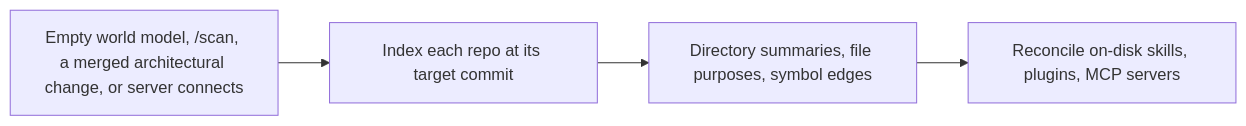
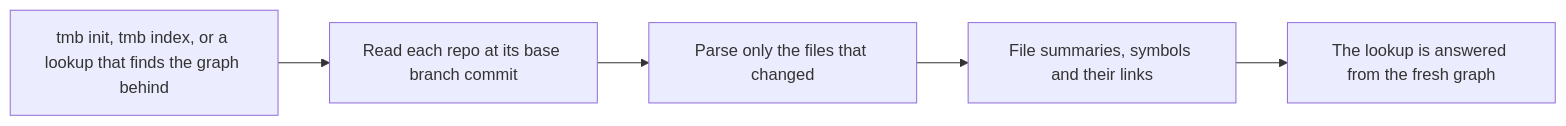
Before and after one commit to trustmybot/tmb: the fifth of 24 diagrams in docs/architecture/FLOWS.md, drawn with Mermaid. The commit also changed other lines of this file and 38 other files, not shown here.

````diff
--- a/docs/architecture/FLOWS.md
+++ b/docs/architecture/FLOWS.md
@@ -65,6 +99,7 @@
 ```mermaid
 flowchart LR
-    A[Empty world model, /scan, a merged architectural change, or server connects] --> B[Index each repo at its target commit]
-    B --> C[Directory summaries, file purposes, symbol edges]
-    C --> D[Reconcile on-disk skills, plugins, MCP servers]
+    A["tmb init, tmb index, or a lookup that finds the graph behind"] --> B["Read each repo at its base branch commit"]
+    B --> C["Parse only the files that changed"]
+    C --> D["File summaries, symbols and their links"]
+    D --> E["The lookup is answered from the fresh graph"]
 ```
````
